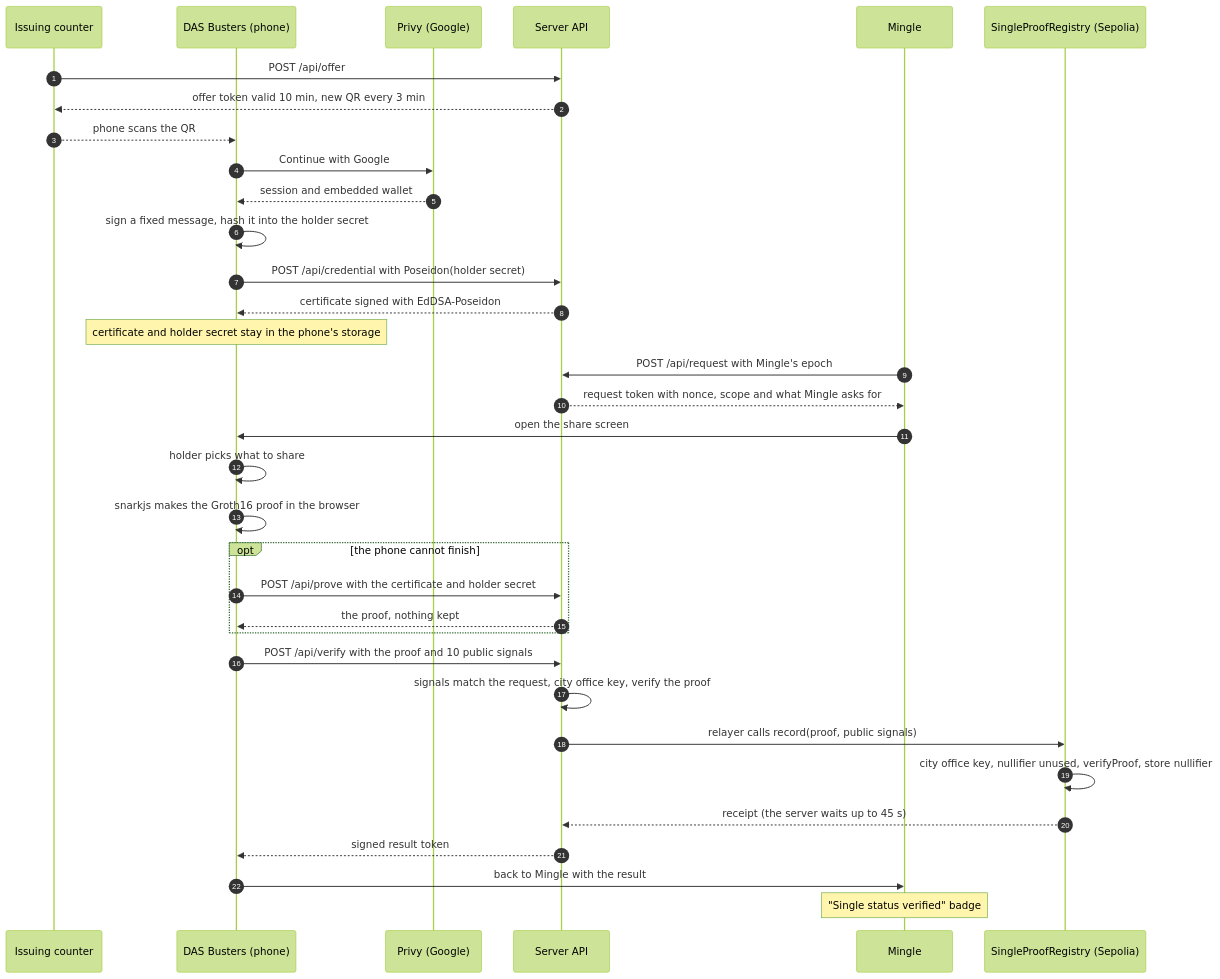
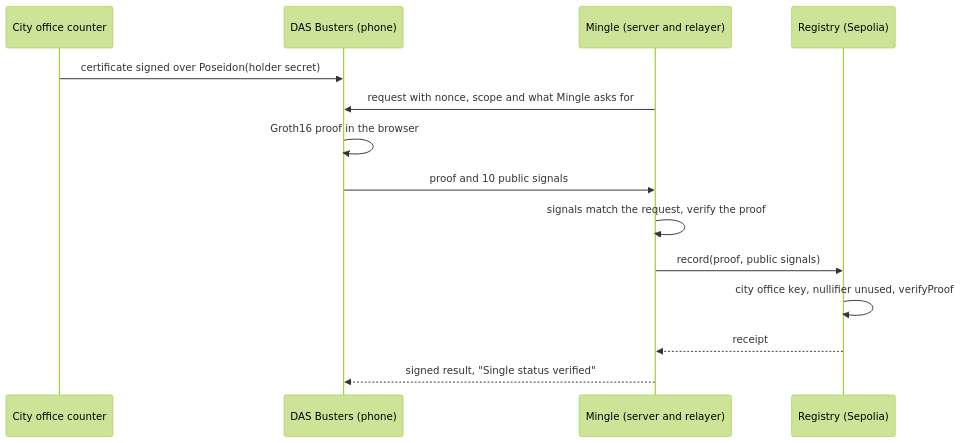
The diagram in README.md (CobaltSato/das-busters), drawn with Mermaid (forest theme) before and after one commit. The commit also changed other lines of this file and 3 other files, not shown here.

````diff
--- a/README.md
+++ b/README.md
@@ -151,37 +27,16 @@
 ```mermaid
 sequenceDiagram
-  autonumber
-  participant C as Issuing counter
+  participant C as City office counter
   participant W as DAS Busters (phone)
-  participant P as Privy (Google)
-  participant S as Server API
-  participant M as Mingle
-  participant R as SingleProofRegistry (Sepolia)
-
-  C->>S: POST /api/offer
-  S-->>C: offer token valid 10 min, new QR every 3 min
-  C-->>W: phone scans the QR
-  W->>P: Continue with Google
-  P-->>W: session and embedded wallet
-  W->>W: sign a fixed message, hash it into the holder secret
-  W->>S: POST /api/credential with Poseidon(holder secret)
-  S-->>W: certificate signed with EdDSA-Poseidon
-  Note over W: certificate and holder secret stay in the phone's storage
-  M->>S: POST /api/request with Mingle's epoch
-  S-->>M: request token with nonce, scope and what Mingle asks for
-  M->>W: open the share screen
-  W->>W: holder picks what to share
-  W->>W: snarkjs makes the Groth16 proof in the browser
-  opt the phone cannot finish
-    W->>S: POST /api/prove with the certificate and holder secret
-    S-->>W: the proof, nothing kept
-  end
-  W->>S: POST /api/verify with the proof and 10 public signals
-  S->>S: signals match the request, city office key, verify the proof
-  S->>R: relayer calls record(proof, public signals)
-  R->>R: city office key, nullifier unused, verifyProof, store nullifier
-  R-->>S: receipt (the server waits up to 45 s)
-  S-->>W: signed result token
-  W->>M: back to Mingle with the result
-  Note over M: "Single status verified" badge
+  participant M as Mingle (server and relayer)
+  participant R as Registry (Sepolia)
+  C->>W: certificate signed over Poseidon(holder secret)
+  M->>W: request with nonce, scope and what Mingle asks for
+  W->>W: Groth16 proof in the browser
+  W->>M: proof and 10 public signals
+  M->>M: signals match the request, verify the proof
+  M->>R: record(proof, public signals)
+  R->>R: city office key, nullifier unused, verifyProof
+  R-->>M: receipt
+  M-->>W: signed result, "Single status verified"
 ```
````
